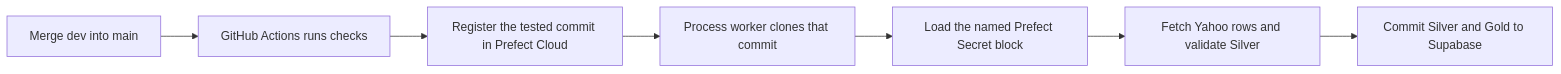
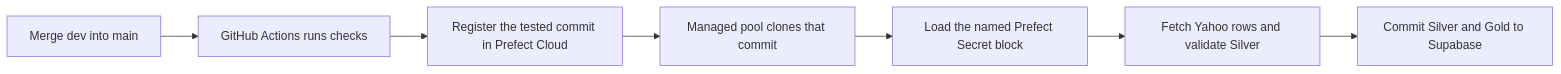
Before and after one commit to soloshun/market-data-ml-pipeline: the diagram in docs/DEPLOYMENT.md, drawn with Mermaid. The commit also changed other lines of this file and 4 other files, not shown here.

````diff
--- a/docs/DEPLOYMENT.md
+++ b/docs/DEPLOYMENT.md
@@ -5,9 +5,9 @@
 ```mermaid
 flowchart LR
     A["Merge dev into main"] --> B["GitHub Actions runs checks"]
     B --> C["Register the tested commit in Prefect Cloud"]
-    C --> D["Process worker clones that commit"]
+    C --> D["Managed pool clones that commit"]
     D --> E["Load the named Prefect Secret block"]
     E --> F["Fetch Yahoo rows and validate Silver"]
     F --> G["Commit Silver and Gold to Supabase"]
 ```
````
